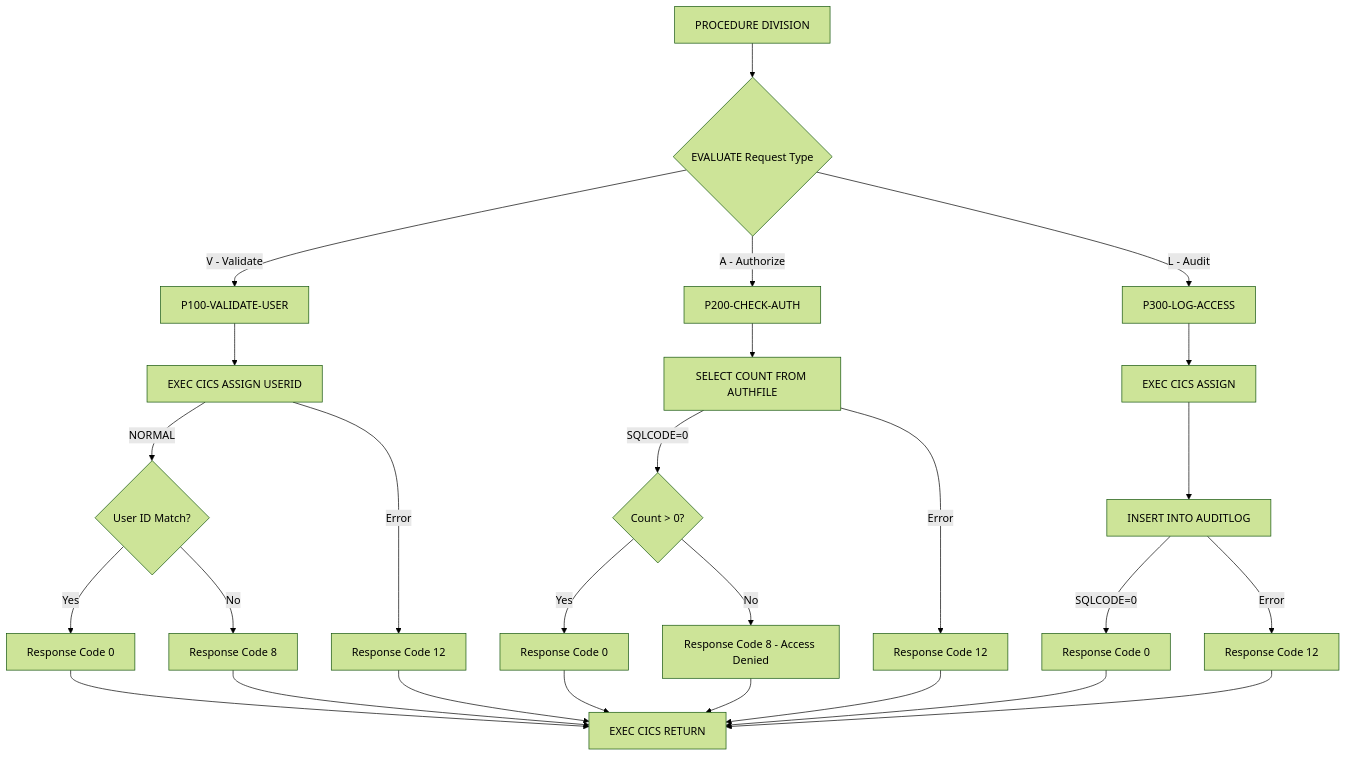
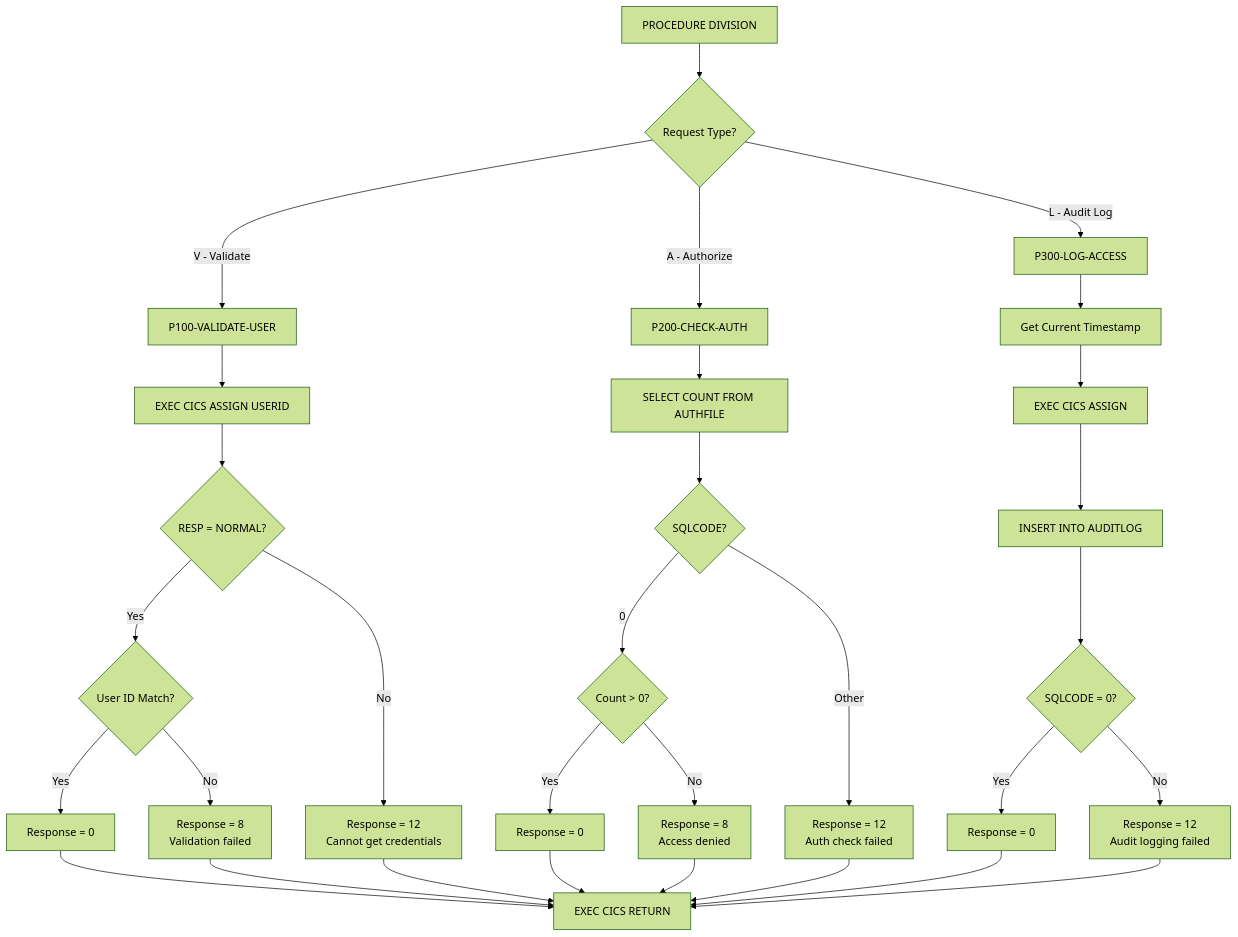
Before and after one commit to haladir-com/legacy-benchmark-docs-vb70e1: the first of 2 diagrams in docs/programs/SECMGR.mdx, drawn with Mermaid (forest theme). The commit also changed other lines of this file and 64 other files, not shown here.

````diff
--- a/docs/programs/SECMGR.mdx
+++ b/docs/programs/SECMGR.mdx
@@ -19,33 +16,37 @@
 ```mermaid
 graph TD
-    A[PROCEDURE DIVISION] --> B{EVALUATE Request Type}
+    A[PROCEDURE DIVISION] --> B{Request Type?}
     B -->|V - Validate| C[P100-VALIDATE-USER]
     B -->|A - Authorize| D[P200-CHECK-AUTH]
-    B -->|L - Audit| E[P300-LOG-ACCESS]
+    B -->|L - Audit Log| E[P300-LOG-ACCESS]
     
     C --> C1[EXEC CICS ASSIGN USERID]
-    C1 -->|NORMAL| C2{User ID Match?}
-    C2 -->|Yes| C3[Response Code 0]
-    C2 -->|No| C4[Response Code 8]
-    C1 -->|Error| C5[Response Code 12]
+    C1 --> C2{RESP = NORMAL?}
+    C2 -->|Yes| C3{User ID Match?}
+    C3 -->|Yes| C4[Response = 0]
+    C3 -->|No| C5[Response = 8<br/>Validation failed]
+    C2 -->|No| C6[Response = 12<br/>Cannot get credentials]
     
     D --> D1[SELECT COUNT FROM AUTHFILE]
-    D1 -->|SQLCODE=0| D2{Count > 0?}
-    D2 -->|Yes| D3[Response Code 0]
-    D2 -->|No| D4[Response Code 8 - Access Denied]
-    D1 -->|Error| D5[Response Code 12]
+    D1 --> D2{SQLCODE?}
+    D2 -->|0| D3{Count > 0?}
+    D3 -->|Yes| D4[Response = 0]
+    D3 -->|No| D5[Response = 8<br/>Access denied]
+    D2 -->|Other| D6[Response = 12<br/>Auth check failed]
     
-    E --> E1[EXEC CICS ASSIGN]
-    E1 --> E2[INSERT INTO AUDITLOG]
-    E2 -->|SQLCODE=0| E3[Response Code 0]
-    E2 -->|Error| E4[Response Code 12]
+    E --> E1[Get Current Timestamp]
+    E1 --> E2[EXEC CICS ASSIGN]
+    E2 --> E3[INSERT INTO AUDITLOG]
+    E3 --> E4{SQLCODE = 0?}
+    E4 -->|Yes| E5[Response = 0]
+    E4 -->|No| E6[Response = 12<br/>Audit logging failed]
     
-    C3 --> Z[EXEC CICS RETURN]
-    C4 --> Z
-    C5 --> Z
-    D3 --> Z
-    D4 --> Z
-    D5 --> Z
-    E3 --> Z
-    E4 --> Z
+    C4 --> F[EXEC CICS RETURN]
+    C5 --> F
+    C6 --> F
+    D4 --> F
+    D5 --> F
+    D6 --> F
+    E5 --> F
+    E6 --> F
 ```
````
